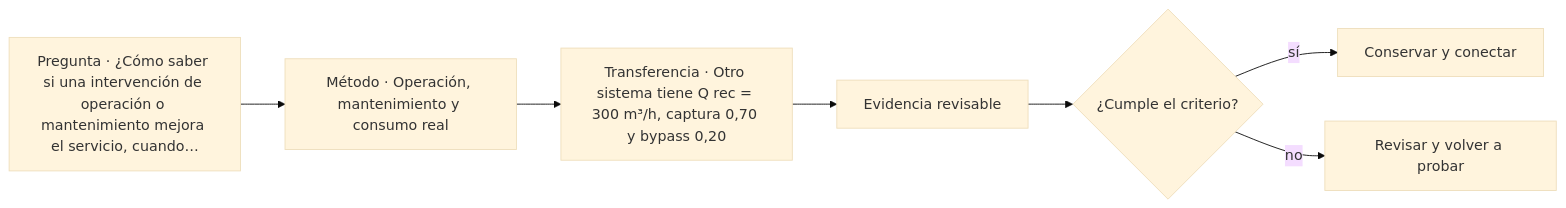
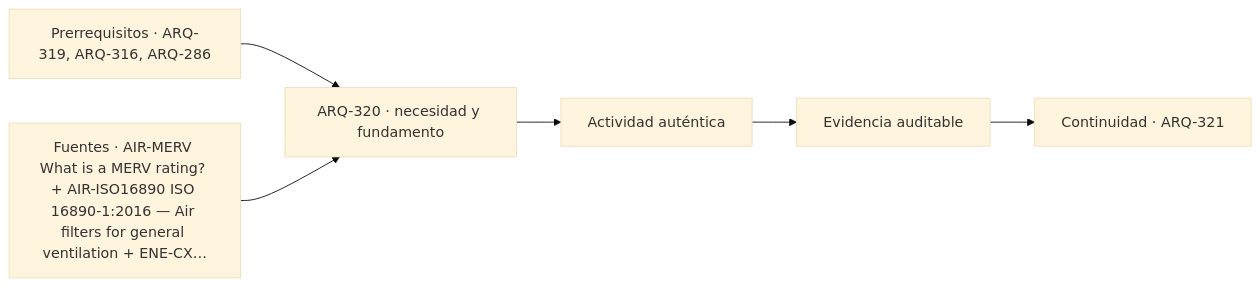
The diagram in classes/parte-32/ARQ-320.md (vladimiracunadev-create/architecture-built-environment-learning-program), drawn with Mermaid (base theme) before and after one commit. The commit also changed other lines of this file and 761 other files, not shown here.

````diff
--- a/classes/parte-32/ARQ-320.md
+++ b/classes/parte-32/ARQ-320.md
@@ -113,9 +125,8 @@
 ```mermaid
 flowchart LR
-    Q["Pregunta · ¿Cómo saber si una intervención de operación o mantenimiento mejora el servicio, cuando…"] --> M["Método · Operación, mantenimiento y consumo real"]
-    M --> P["Transferencia · Otro sistema tiene Q rec = 300 m³/h, captura 0,70 y bypass 0,20"]
-    P --> E["Evidencia revisable"]
-    E --> C{"¿Cumple el criterio?"}
-    C -->|sí| T["Conservar y conectar"]
-    C -->|no| R["Revisar y volver a probar"]
+    A["Prerrequisitos · ARQ-319, ARQ-316, ARQ-286"] --> B["ARQ-320 · necesidad y fundamento"]
+    S["Fuentes · AIR-MERV What is a MERV rating? + AIR-ISO16890 ISO 16890-1:2016 — Air filters for general ventilation + ENE-CX…"] --> B
+    B --> C["Actividad auténtica"]
+    C --> D["Evidencia auditable"]
+    D --> E["Continuidad · ARQ-321"]
 ```
````
